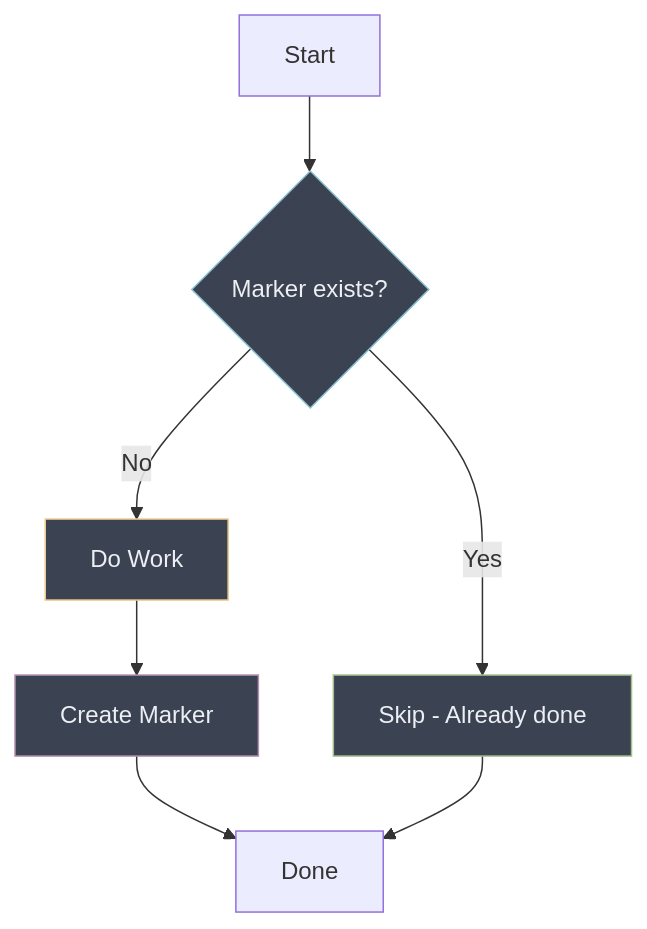
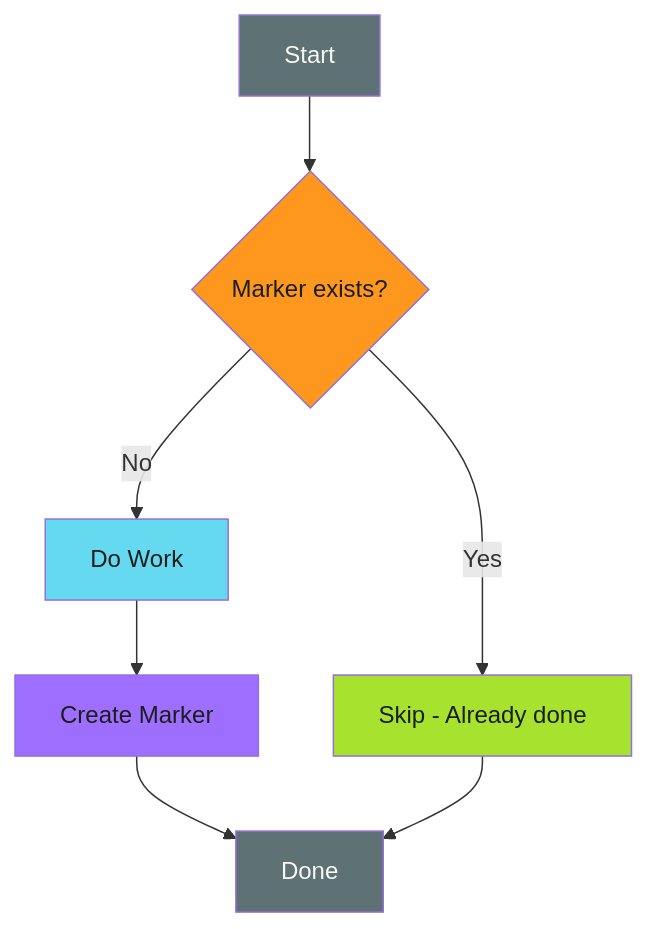
The diagram in docs/operator-manual/engineering-patterns/idempotency/patterns/tombstone-markers.md (adaptive-enforcement-lab/adaptive-enforcement-lab-com), drawn with Mermaid before and after one commit. The commit also changed 5 other files, not shown here.

First line of the commit message:
Apply Ghostty Hardcore theme to all mermaid charts

````diff
--- a/docs/operator-manual/engineering-patterns/idempotency/patterns/tombstone-markers.md
+++ b/docs/operator-manual/engineering-patterns/idempotency/patterns/tombstone-markers.md
@@ -31,14 +31,16 @@
 ```mermaid
 flowchart TD
     A[Start] --> B{Marker exists?}
     B -->|Yes| C[Skip - Already done]
     B -->|No| D[Do Work]
     D --> E[Create Marker]
     E --> F[Done]
     C --> F
 
-    style B fill:#3b4252,stroke:#88c0d0,color:#eceff4
-    style C fill:#3b4252,stroke:#a3be8c,color:#eceff4
-    style D fill:#3b4252,stroke:#ebcb8b,color:#eceff4
-    style E fill:#3b4252,stroke:#b48ead,color:#eceff4
+    style A fill:#5e7175,color:#f8f8f3
+    style B fill:#fd971e,color:#1b1d1e
+    style C fill:#a7e22e,color:#1b1d1e
+    style D fill:#65d9ef,color:#1b1d1e
+    style E fill:#9e6ffe,color:#1b1d1e
+    style F fill:#5e7175,color:#f8f8f3
 ```
````
